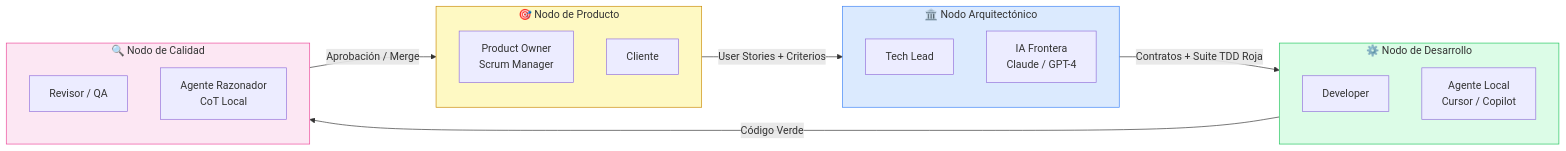
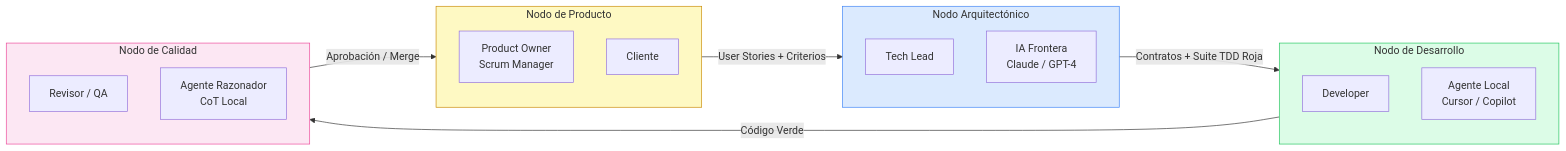
The third of 4 diagrams in README.md (brunoguzman-dev/H-AXP), drawn with Mermaid before and after one commit. The commit also changed other lines of this file and 9 other files, not shown here.

````diff
--- a/README.md
+++ b/README.md
@@ -77,32 +77,32 @@
 ```mermaid
 graph LR
-    subgraph PRODUCTO["🎯 Nodo de Producto"]
+    subgraph PRODUCTO["Nodo de Producto"]
         PO[Product Owner<br/>Scrum Manager]
         CLI[Cliente]
     end
 
-    subgraph ARQUITECTURA["🏛️ Nodo Arquitectónico"]
+    subgraph ARQUITECTURA["Nodo Arquitectónico"]
         TL[Tech Lead]
         IA_NUBE[IA Frontera<br/>Claude / GPT-4]
     end
 
-    subgraph DESARROLLO["⚙️ Nodo de Desarrollo"]
+    subgraph DESARROLLO["Nodo de Desarrollo"]
         DEV[Developer]
         IA_LOCAL[Agente Local<br/>Cursor / Copilot]
     end
 
-    subgraph CALIDAD["🔍 Nodo de Calidad"]
+    subgraph CALIDAD["Nodo de Calidad"]
         QA[Revisor / QA]
         IA_RAZON[Agente Razonador<br/>CoT Local]
     end
 
     PRODUCTO -->|"User Stories + Criterios"| ARQUITECTURA
     ARQUITECTURA -->|"Contratos + Suite TDD Roja"| DESARROLLO
     DESARROLLO -->|"Código Verde"| CALIDAD
     CALIDAD -->|"Aprobación / Merge"| PRODUCTO
 
     style PRODUCTO fill:#fef9c3,stroke:#ca8a04
     style ARQUITECTURA fill:#dbeafe,stroke:#3b82f6
     style DESARROLLO fill:#dcfce7,stroke:#22c55e
     style CALIDAD fill:#fce7f3,stroke:#ec4899
 ```
````
